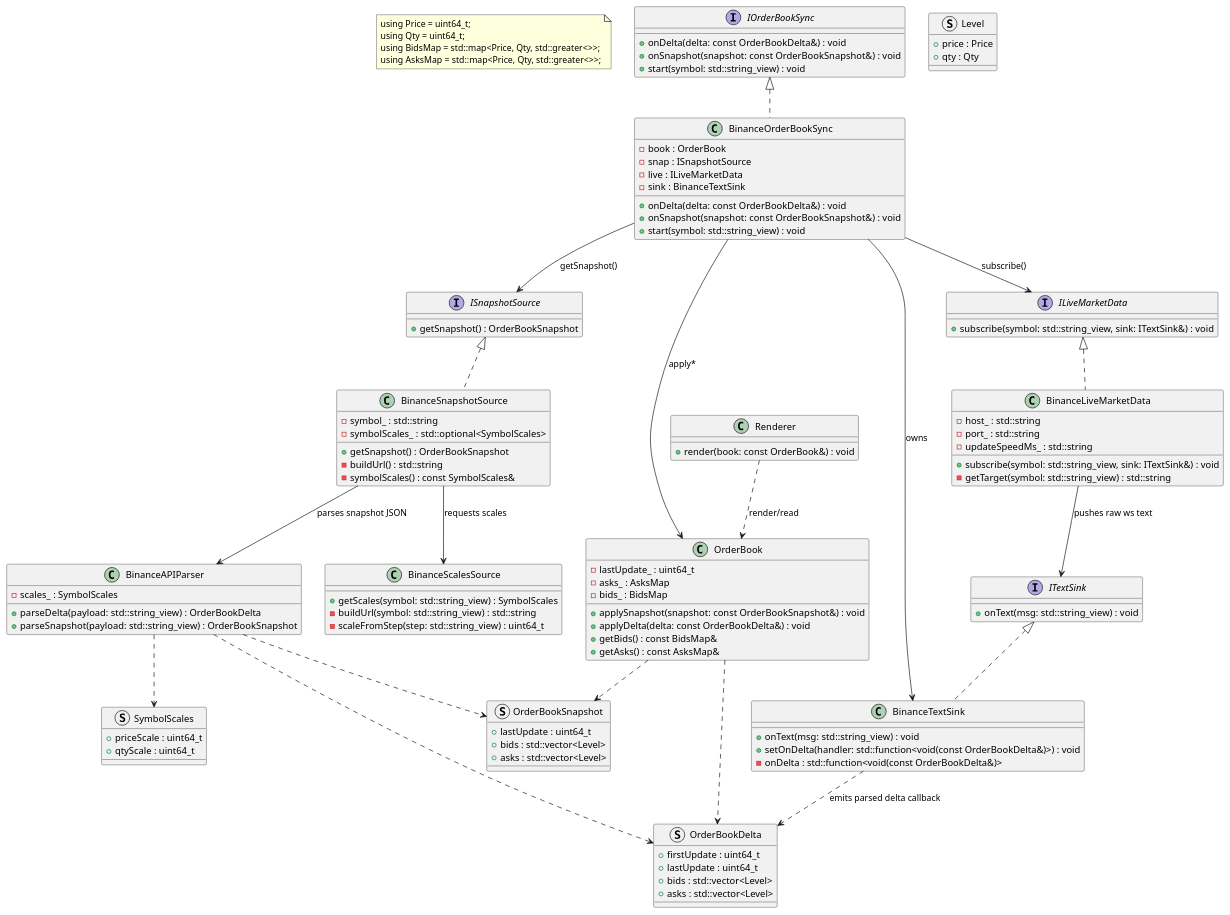
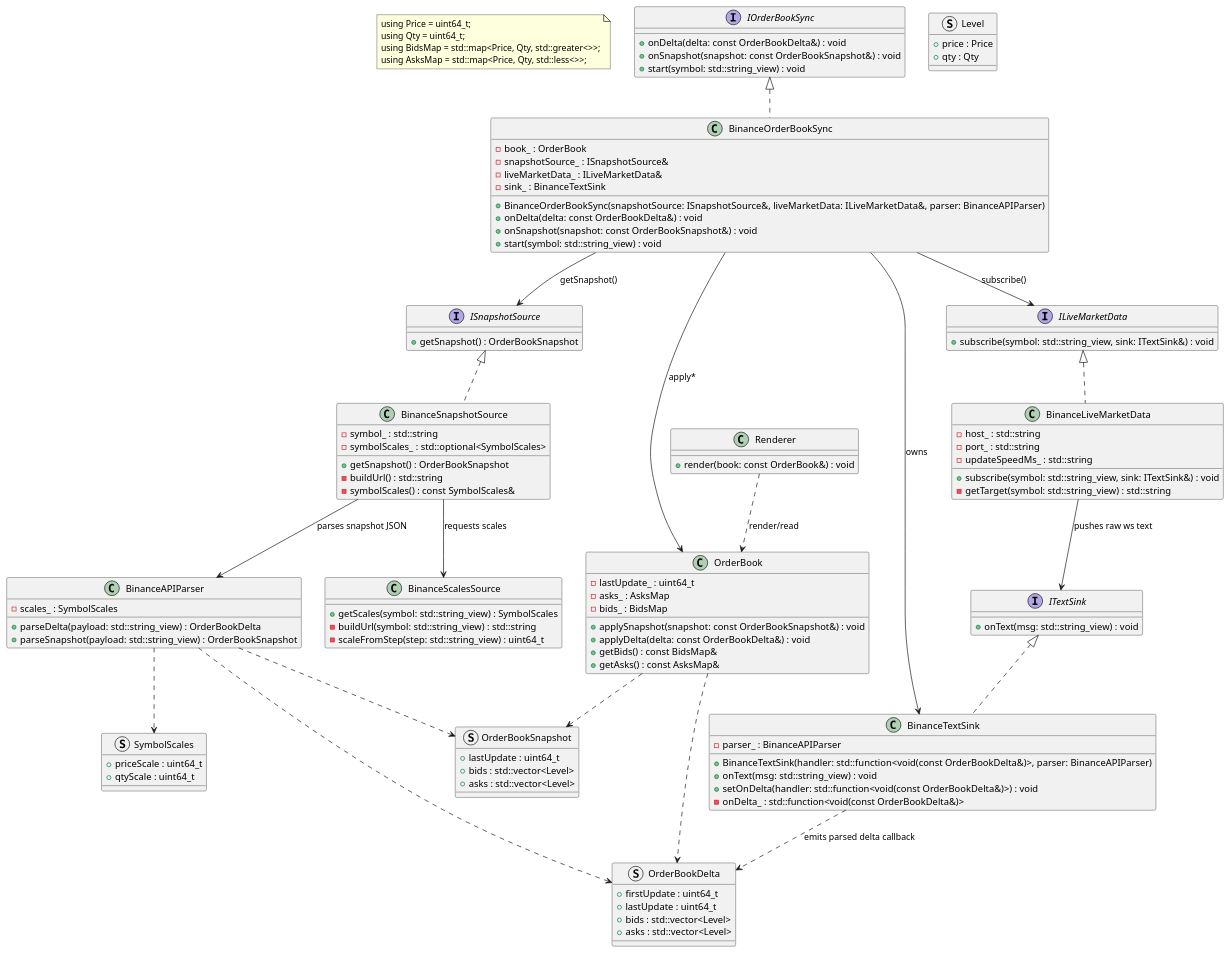
Before and after one commit to imehighlow/orderbook: the diagram in uml_class_diagram.puml, drawn with PlantUML. The commit also changed 2 other files, not shown here.

Commit message:
Added boilerplate for binanceBookSync class, slightly changed uml

```diff
--- a/uml_class_diagram.puml
+++ b/uml_class_diagram.puml
@@ -1,130 +1,132 @@
 @startuml
 
 ' ===== Domain =====
 note as TypeAliases
 using Price = uint64_t;
 using Qty = uint64_t;
 using BidsMap = std::map<Price, Qty, std::greater<>>;
-using AsksMap = std::map<Price, Qty, std::greater<>>;
+using AsksMap = std::map<Price, Qty, std::less<>>;
 end note
 
 struct SymbolScales {
     +priceScale : uint64_t
     +qtyScale : uint64_t
 }
 
 struct Level {
     +price : Price
     +qty : Qty
 }
 
 struct OrderBookDelta {
     +firstUpdate : uint64_t
     +lastUpdate : uint64_t
     +bids : std::vector<Level>
     +asks : std::vector<Level>
 }
 
 struct OrderBookSnapshot {
     +lastUpdate : uint64_t
     +bids : std::vector<Level>
     +asks : std::vector<Level>
 }
 
 ' ===== Interfaces =====
 interface ITextSink {
     +onText(msg: std::string_view) : void
 }
 
 interface ILiveMarketData {
     +subscribe(symbol: std::string_view, sink: ITextSink&) : void
 }
 
 interface ISnapshotSource {
     +getSnapshot() : OrderBookSnapshot
 }
 
 interface IOrderBookSync {
     +onDelta(delta: const OrderBookDelta&) : void
     +onSnapshot(snapshot: const OrderBookSnapshot&) : void
     +start(symbol: std::string_view) : void
 }
 
 ' ===== Implemented classes =====
 class BinanceLiveMarketData implements ILiveMarketData {
     +subscribe(symbol: std::string_view, sink: ITextSink&) : void
     -getTarget(symbol: std::string_view) : std::string
     -host_ : std::string
     -port_ : std::string
     -updateSpeedMs_ : std::string
 }
 
 class BinanceScalesSource {
     +getScales(symbol: std::string_view) : SymbolScales
     -buildUrl(symbol: std::string_view) : std::string
     -scaleFromStep(step: std::string_view) : uint64_t
 }
 
 class BinanceAPIParser {
     +parseDelta(payload: std::string_view) : OrderBookDelta
     +parseSnapshot(payload: std::string_view) : OrderBookSnapshot
     -scales_ : SymbolScales
 }
 
 class BinanceSnapshotSource implements ISnapshotSource {
     +getSnapshot() : OrderBookSnapshot
     -buildUrl() : std::string
     -symbolScales() : const SymbolScales&
     -symbol_ : std::string
     -symbolScales_ : std::optional<SymbolScales>
 }
 
 class OrderBook {
     +applySnapshot(snapshot: const OrderBookSnapshot&) : void
     +applyDelta(delta: const OrderBookDelta&) : void
     +getBids() : const BidsMap&
     +getAsks() : const AsksMap&
     -lastUpdate_ : uint64_t
     -asks_ : AsksMap
     -bids_ : BidsMap
 }
 
-' ===== Not implemented yet =====
 class BinanceTextSink implements ITextSink {
+    +BinanceTextSink(handler: std::function<void(const OrderBookDelta&)>, parser: BinanceAPIParser)
     +onText(msg: std::string_view) : void
     +setOnDelta(handler: std::function<void(const OrderBookDelta&)>) : void
-    -onDelta : std::function<void(const OrderBookDelta&)>
+    -onDelta_ : std::function<void(const OrderBookDelta&)>
+    -parser_ : BinanceAPIParser
 }
 
 class BinanceOrderBookSync implements IOrderBookSync {
+    +BinanceOrderBookSync(snapshotSource: ISnapshotSource&, liveMarketData: ILiveMarketData&, parser: BinanceAPIParser)
     +onDelta(delta: const OrderBookDelta&) : void
     +onSnapshot(snapshot: const OrderBookSnapshot&) : void
     +start(symbol: std::string_view) : void
-    -book : OrderBook
-    -snap : ISnapshotSource
-    -live : ILiveMarketData
-    -sink : BinanceTextSink
+    -book_ : OrderBook
+    -snapshotSource_ : ISnapshotSource&
+    -liveMarketData_ : ILiveMarketData&
+    -sink_ : BinanceTextSink
 }
 
 class Renderer {
     +render(book: const OrderBook&) : void
 }
 
 ' ===== Relations =====
 BinanceLiveMarketData --> ITextSink : pushes raw ws text
 BinanceSnapshotSource --> BinanceScalesSource : requests scales
 BinanceSnapshotSource --> BinanceAPIParser : parses snapshot JSON
 BinanceAPIParser ..> SymbolScales
 BinanceAPIParser ..> OrderBookDelta
 BinanceAPIParser ..> OrderBookSnapshot
 OrderBook ..> OrderBookDelta
 OrderBook ..> OrderBookSnapshot
 
 BinanceOrderBookSync --> OrderBook : apply*
 BinanceOrderBookSync --> ISnapshotSource : getSnapshot()
 BinanceOrderBookSync --> ILiveMarketData : subscribe()
 BinanceOrderBookSync --> BinanceTextSink : owns
 BinanceTextSink ..> OrderBookDelta : emits parsed delta callback
 Renderer ..> OrderBook : render/read
 
 @enduml
```
